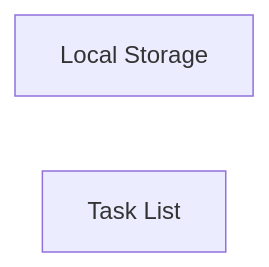
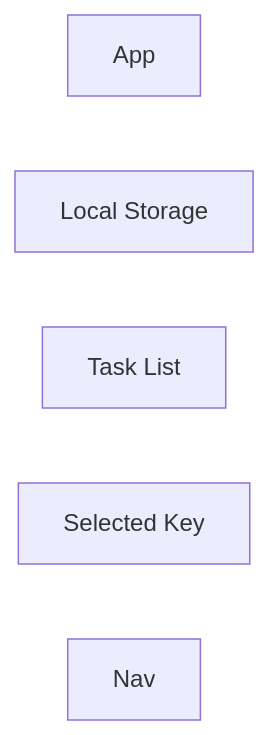
The fourth of 4 diagrams in README.md (MattisZheng/sisyphus_stone), drawn with Mermaid before and after one commit. The commit also changed 4 other files, not shown here.

````diff
--- a/README.md
+++ b/README.md
@@ -78,5 +78,9 @@
 ```mermaid
 flowchart LR
+  app[App]
   local_storage[Local Storage]
   task_list[Task List]
+  selected_key[Selected Key]
+  nav[Nav]
+
 ```
````
